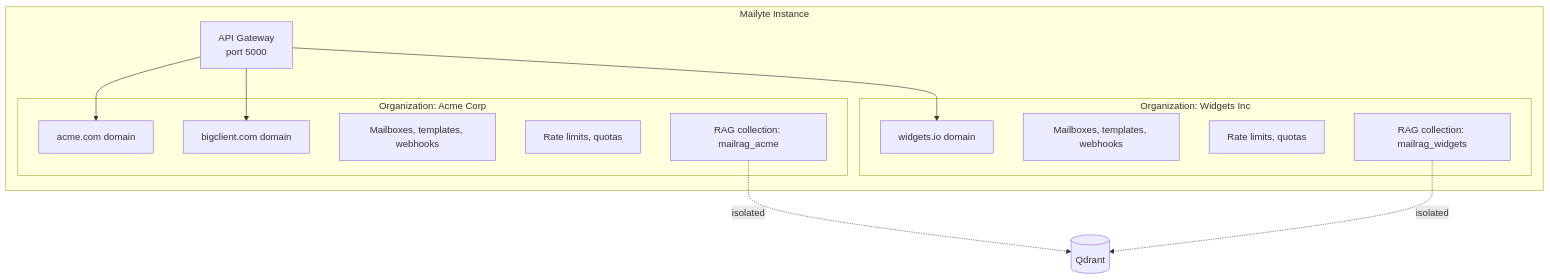
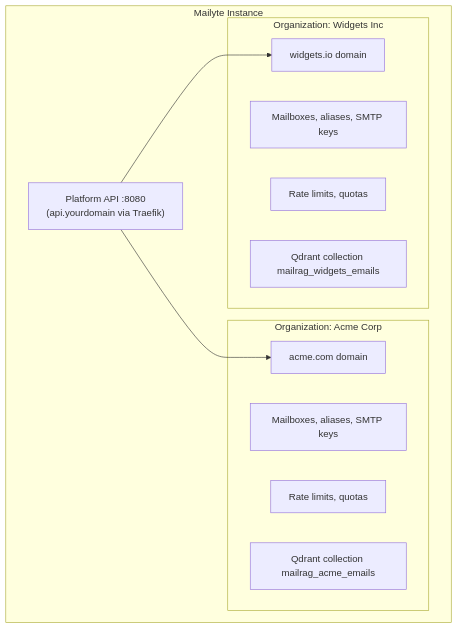
Before and after one commit to Techies-Africa/mailyte-mail-server-community: the first of 2 diagrams in docs/features/multi-tenant.md, drawn with Mermaid. The commit also changed other lines of this file and 481 other files, not shown here.

````diff
--- a/docs/features/multi-tenant.md
+++ b/docs/features/multi-tenant.md
@@ -12,25 +9,22 @@
 ```mermaid
 flowchart TD
     subgraph "Mailyte Instance"
-        API[API Gateway\nport 5000]
+        API["Platform API :8080\n(api.yourdomain via Traefik)"]
 
         subgraph "Organization: Acme Corp"
             A1[acme.com domain]
-            A2[bigclient.com domain]
-            A3[Mailboxes, templates, webhooks]
-            A4[Rate limits, quotas]
-            A5[RAG collection: mailrag_acme]
+            A2[Mailboxes, aliases, SMTP keys]
+            A3[Rate limits, quotas]
+            A4[Qdrant collection mailrag_acme_emails]
         end
 
         subgraph "Organization: Widgets Inc"
             B1[widgets.io domain]
-            B2[Mailboxes, templates, webhooks]
+            B2[Mailboxes, aliases, SMTP keys]
             B3[Rate limits, quotas]
-            B4[RAG collection: mailrag_widgets]
+            B4[Qdrant collection mailrag_widgets_emails]
         end
     end
 
-    API --> A1 & A2 & B1
-    A5 -.->|isolated| Qdrant[(Qdrant)]
-    B4 -.->|isolated| Qdrant
+    API --> A1 & B1
 ```
````
